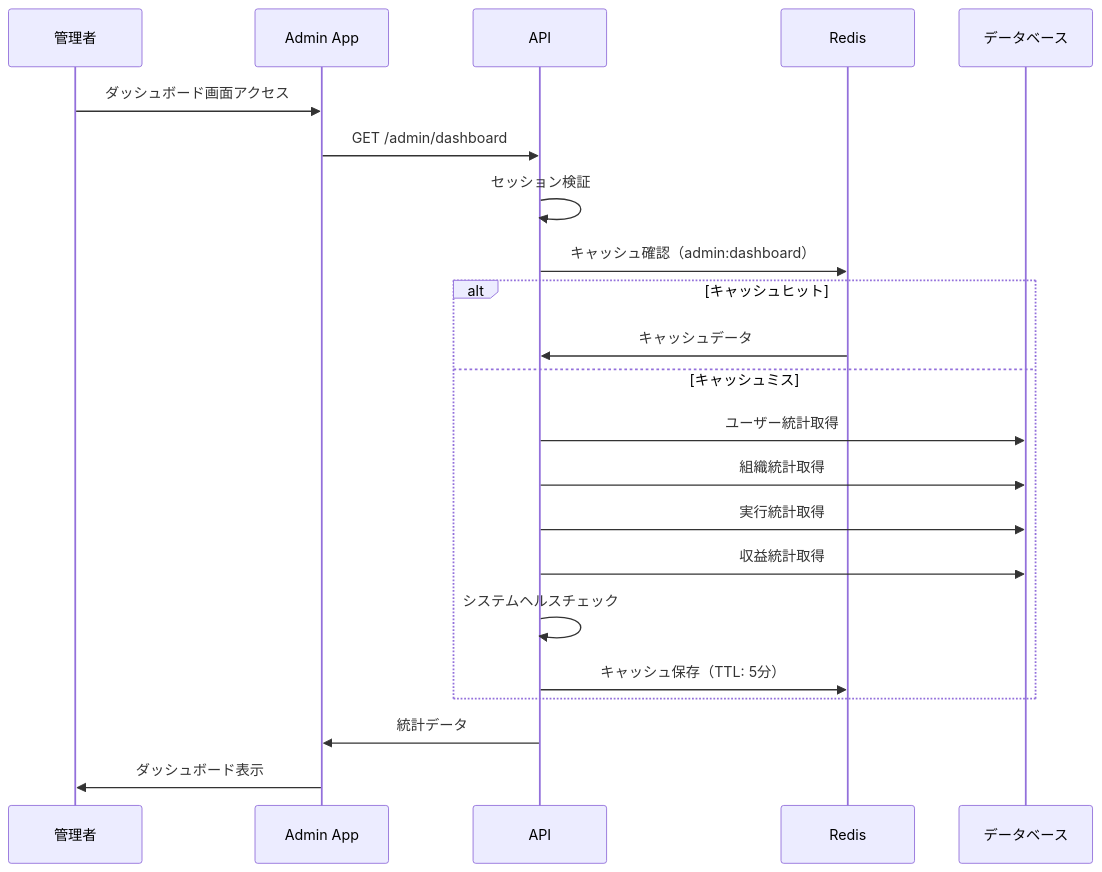
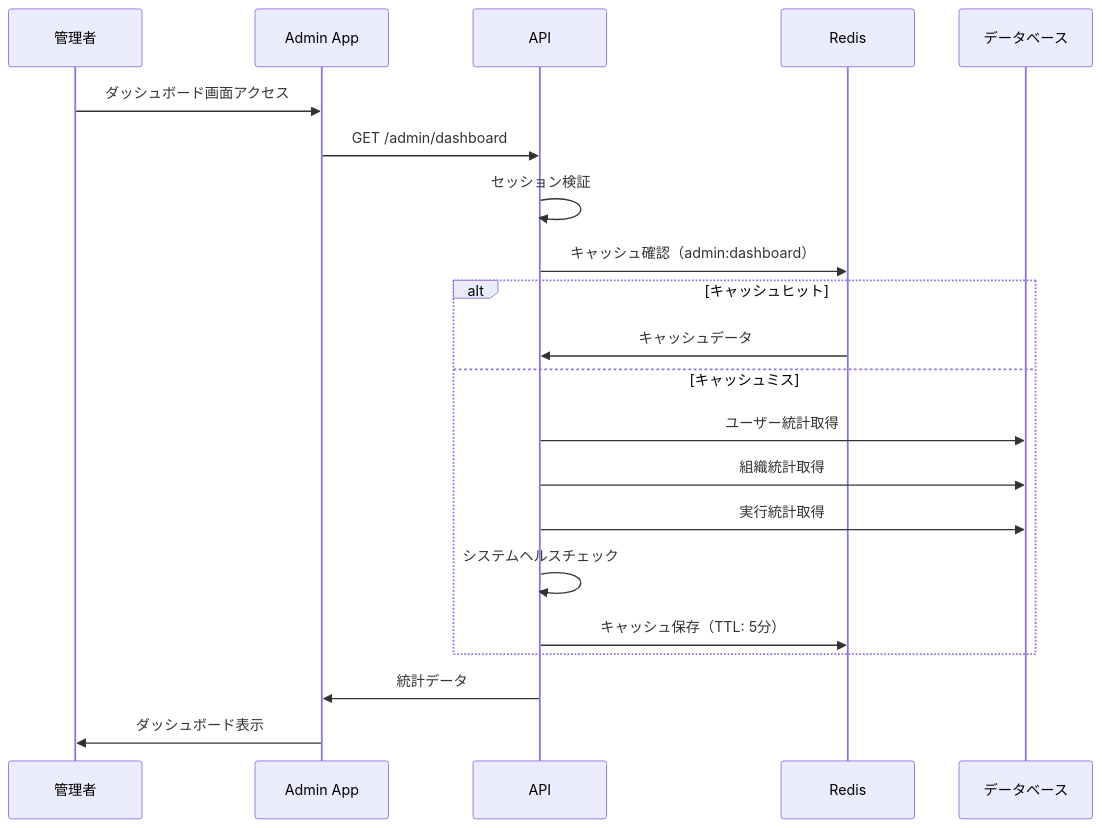
The third of 7 diagrams in docs/architecture/features/admin-system.md (tsutsumi389/agentest), drawn with Mermaid before and after one commit. The commit also changed other lines of this file and 216 other files, not shown here.

````diff
--- a/docs/architecture/features/admin-system.md
+++ b/docs/architecture/features/admin-system.md
@@ -187,25 +185,24 @@
 ```mermaid
 sequenceDiagram
     participant A as 管理者
     participant F as Admin App
     participant B as API
     participant Cache as Redis
     participant DB as データベース
 
     A->>F: ダッシュボード画面アクセス
     F->>B: GET /admin/dashboard
     B->>B: セッション検証
     B->>Cache: キャッシュ確認（admin:dashboard）
     alt キャッシュヒット
         Cache->>B: キャッシュデータ
     else キャッシュミス
         B->>DB: ユーザー統計取得
         B->>DB: 組織統計取得
         B->>DB: 実行統計取得
-        B->>DB: 収益統計取得
         B->>B: システムヘルスチェック
         B->>Cache: キャッシュ保存（TTL: 5分）
     end
     B->>F: 統計データ
     F->>A: ダッシュボード表示
 ```
````
